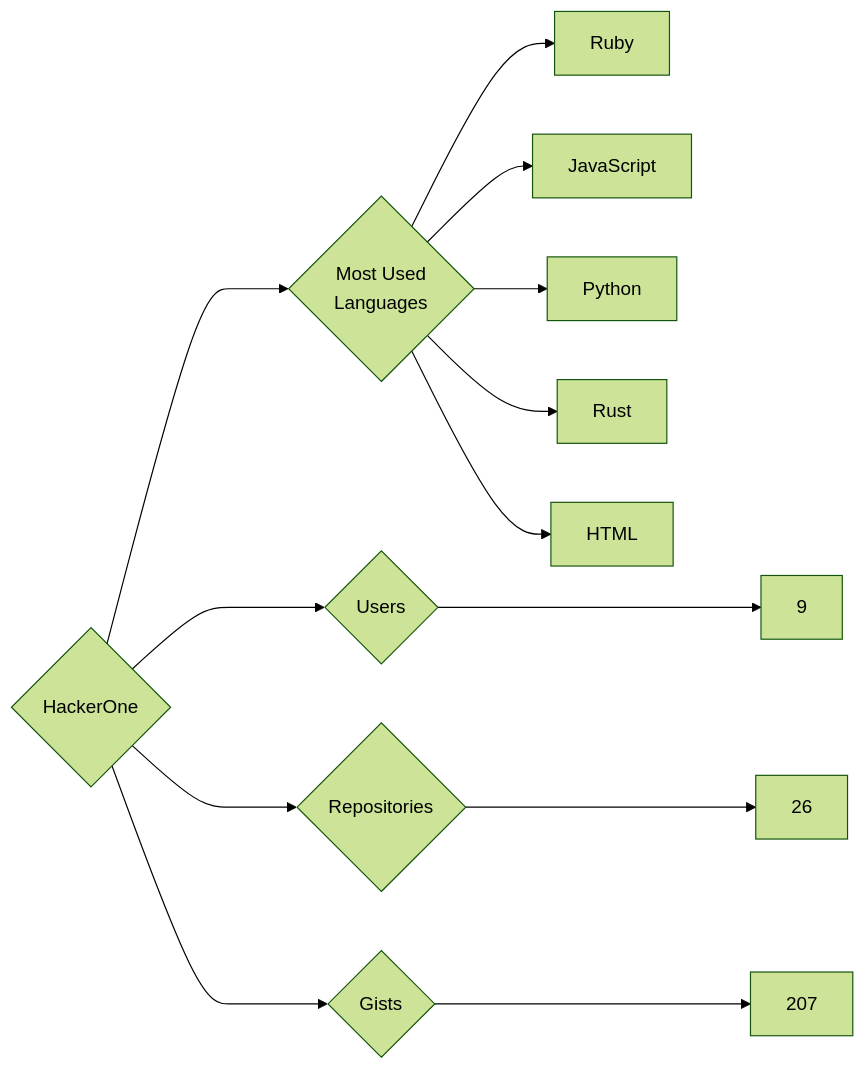
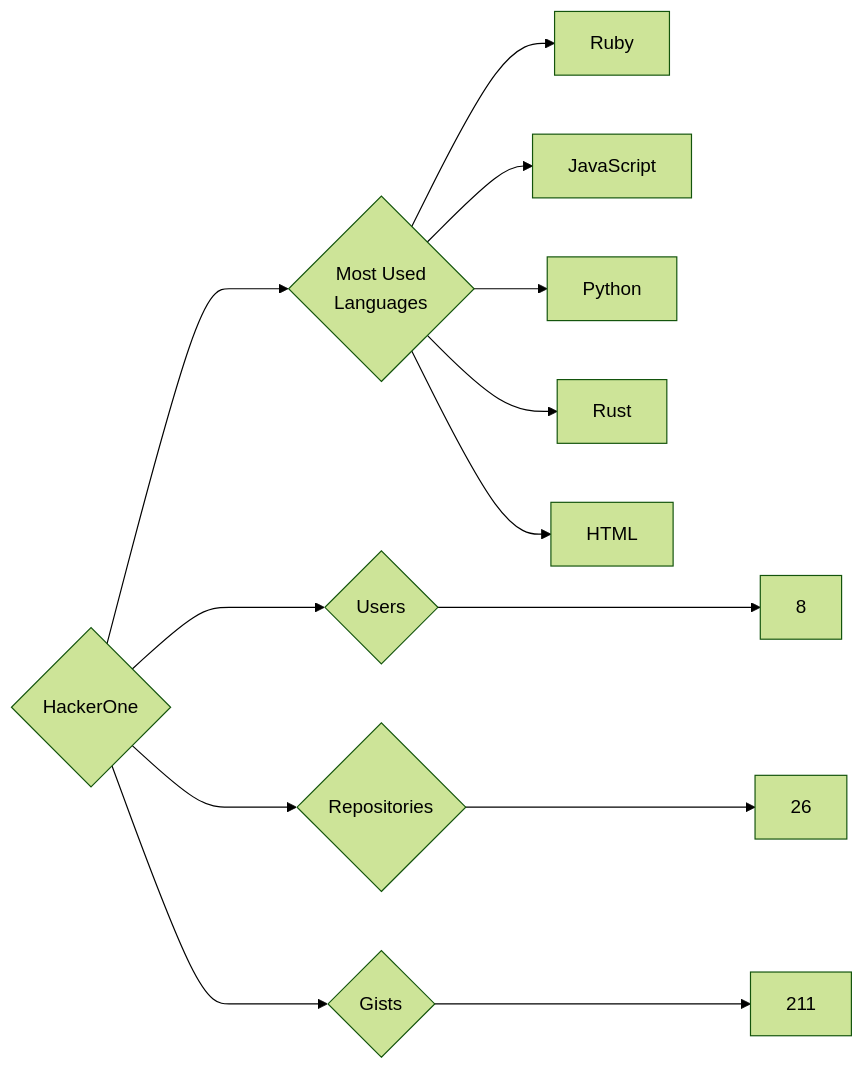
The diagram in targets/HackerOne/README.md (trickest/insiders), drawn with Mermaid (forest theme) before and after one commit. The commit also changed 1088 other files, not shown here.

````diff
--- a/targets/HackerOne/README.md
+++ b/targets/HackerOne/README.md
@@ -3,13 +3,13 @@
 ```mermaid
 graph LR
 COMPANY_NAME{HackerOne}
-COMPANY_NAME ---> U{Users} ---> UN[9]
+COMPANY_NAME ---> U{Users} ---> UN[8]
 COMPANY_NAME ---> R{Repositories} ---> RN[26]
-COMPANY_NAME ---> G{Gists} ---> GN[207]
+COMPANY_NAME ---> G{Gists} ---> GN[211]
 COMPANY_NAME ---> ML{Most Used<br>Languages}
 ML --> Ruby[Ruby]
 ML --> JavaScript[JavaScript]
 ML --> Python[Python]
 ML --> Rust[Rust]
 ML --> HTML[HTML]
 ```
````
